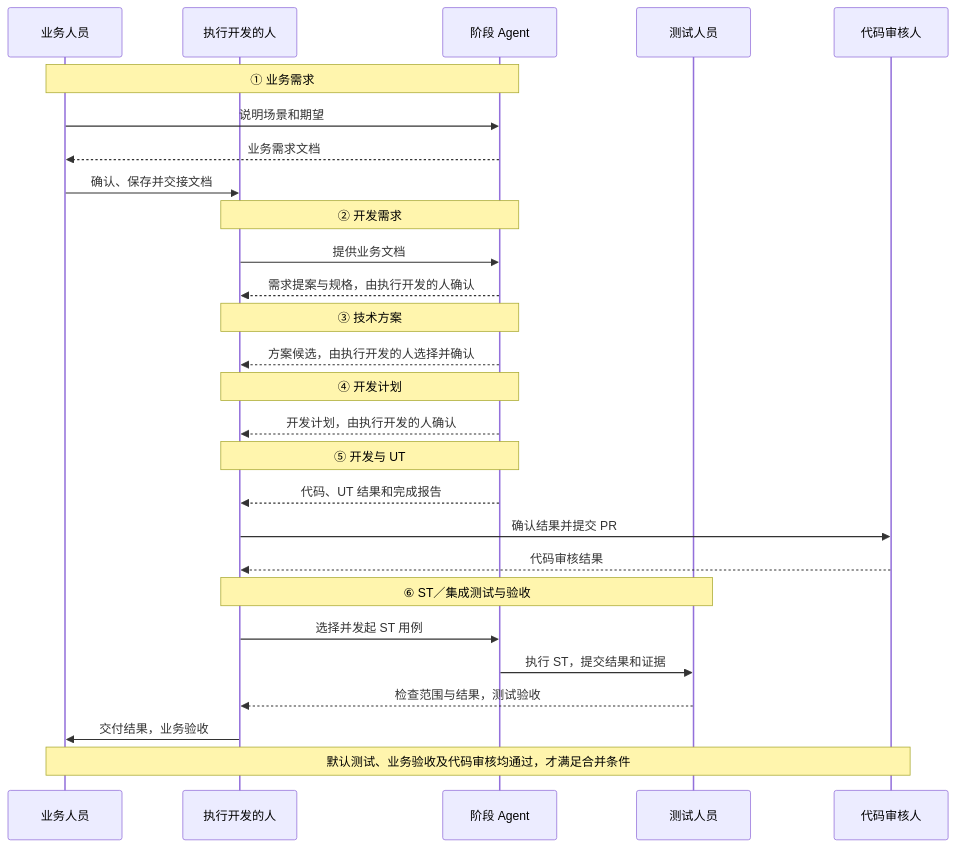
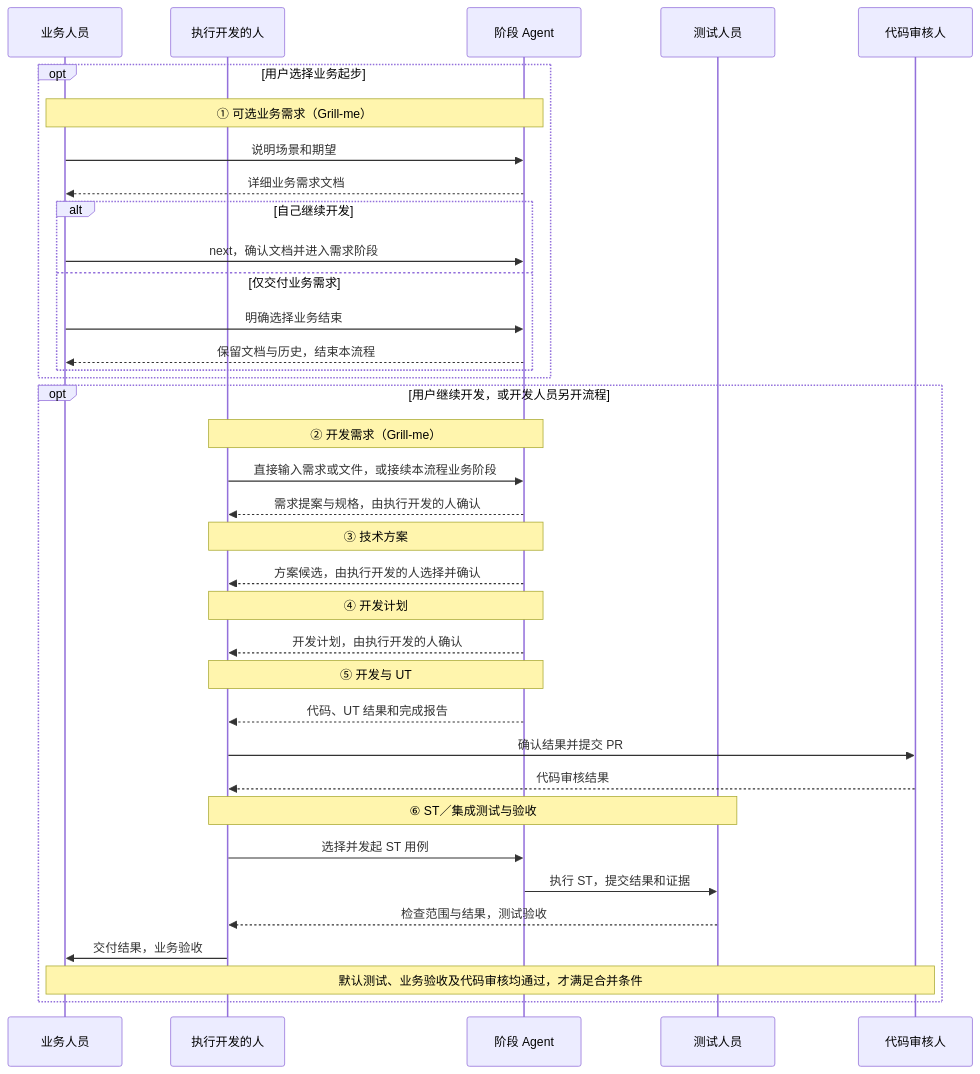
Before and after one commit to jchanghong023/oh-my-pi: the diagram in docs-zh-CN/lander-sailor-six-stage-agent-workflow.md, drawn with Mermaid. The commit also changed other lines of this file and 29 other files, not shown here.

````diff
--- a/docs-zh-CN/lander-sailor-six-stage-agent-workflow.md
+++ b/docs-zh-CN/lander-sailor-six-stage-agent-workflow.md
@@ -27,35 +33,44 @@
 ```mermaid
 sequenceDiagram
     participant B as 业务人员
     participant D as 执行开发的人
     participant A as 阶段 Agent
     participant T as 测试人员
     participant R as 代码审核人
 
-    Note over B,A: ① 业务需求
-    B->>A: 说明场景和期望
-    A-->>B: 业务需求文档
-    B->>D: 确认、保存并交接文档
+    opt 用户选择业务起步
+        Note over B,A: ① 可选业务需求（Grill-me）
+        B->>A: 说明场景和期望
+        A-->>B: 详细业务需求文档
+        alt 自己继续开发
+            B->>A: next，确认文档并进入需求阶段
+        else 仅交付业务需求
+            B->>A: 明确选择业务结束
+            A-->>B: 保留文档与历史，结束本流程
+        end
+    end
 
-    Note over D,A: ② 开发需求
-    D->>A: 提供业务文档
-    A-->>D: 需求提案与规格，由执行开发的人确认
+    opt 用户继续开发，或开发人员另开流程
+        Note over D,A: ② 开发需求（Grill-me）
+        D->>A: 直接输入需求或文件，或接续本流程业务阶段
+        A-->>D: 需求提案与规格，由执行开发的人确认
 
-    Note over D,A: ③ 技术方案
-    A-->>D: 方案候选，由执行开发的人选择并确认
+        Note over D,A: ③ 技术方案
+        A-->>D: 方案候选，由执行开发的人选择并确认
 
-    Note over D,A: ④ 开发计划
-    A-->>D: 开发计划，由执行开发的人确认
+        Note over D,A: ④ 开发计划
+        A-->>D: 开发计划，由执行开发的人确认
 
-    Note over D,A: ⑤ 开发与 UT
-    A-->>D: 代码、UT 结果和完成报告
-    D->>R: 确认结果并提交 PR
-    R-->>D: 代码审核结果
+        Note over D,A: ⑤ 开发与 UT
+        A-->>D: 代码、UT 结果和完成报告
+        D->>R: 确认结果并提交 PR
+        R-->>D: 代码审核结果
 
-    Note over D,T: ⑥ ST／集成测试与验收
-    D->>A: 选择并发起 ST 用例
-    A->>T: 执行 ST，提交结果和证据
-    T-->>D: 检查范围与结果，测试验收
-    D->>B: 交付结果，业务验收
-    Note over B,R: 默认测试、业务验收及代码审核均通过，才满足合并条件
+        Note over D,T: ⑥ ST／集成测试与验收
+        D->>A: 选择并发起 ST 用例
+        A->>T: 执行 ST，提交结果和证据
+        T-->>D: 检查范围与结果，测试验收
+        D->>B: 交付结果，业务验收
+        Note over B,R: 默认测试、业务验收及代码审核均通过，才满足合并条件
+    end
 ```
````
